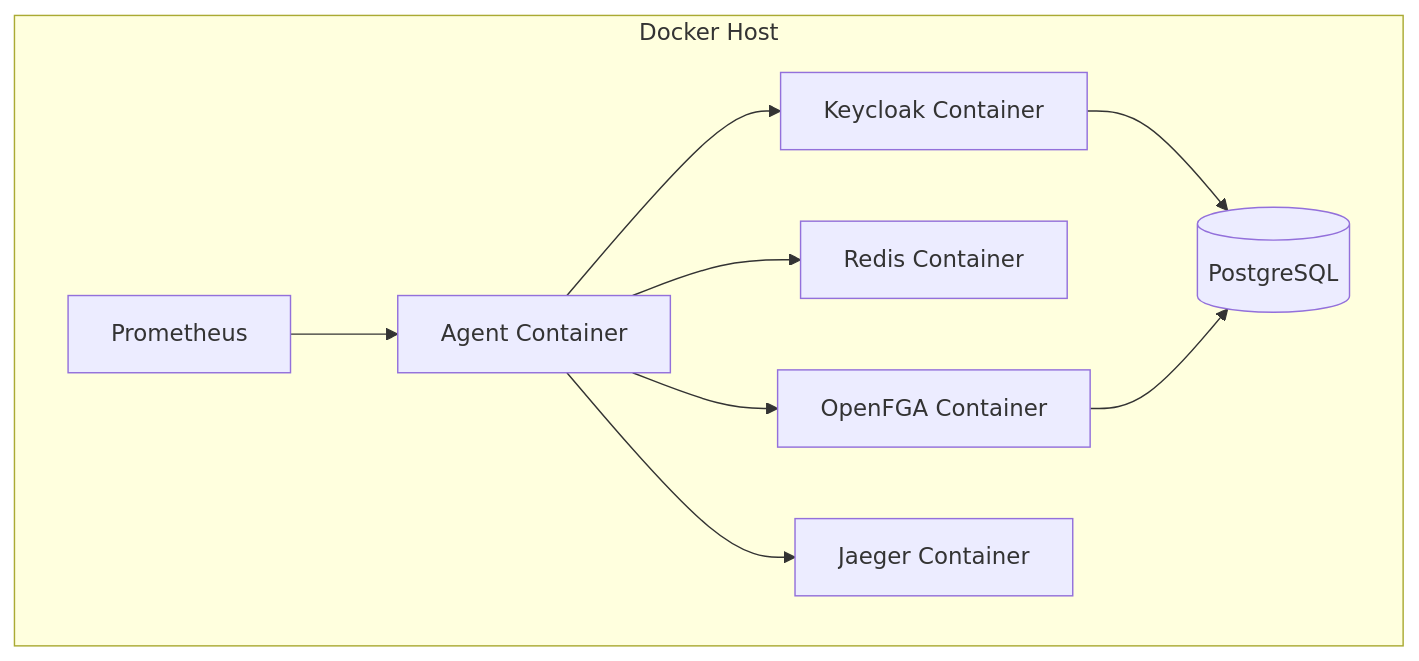
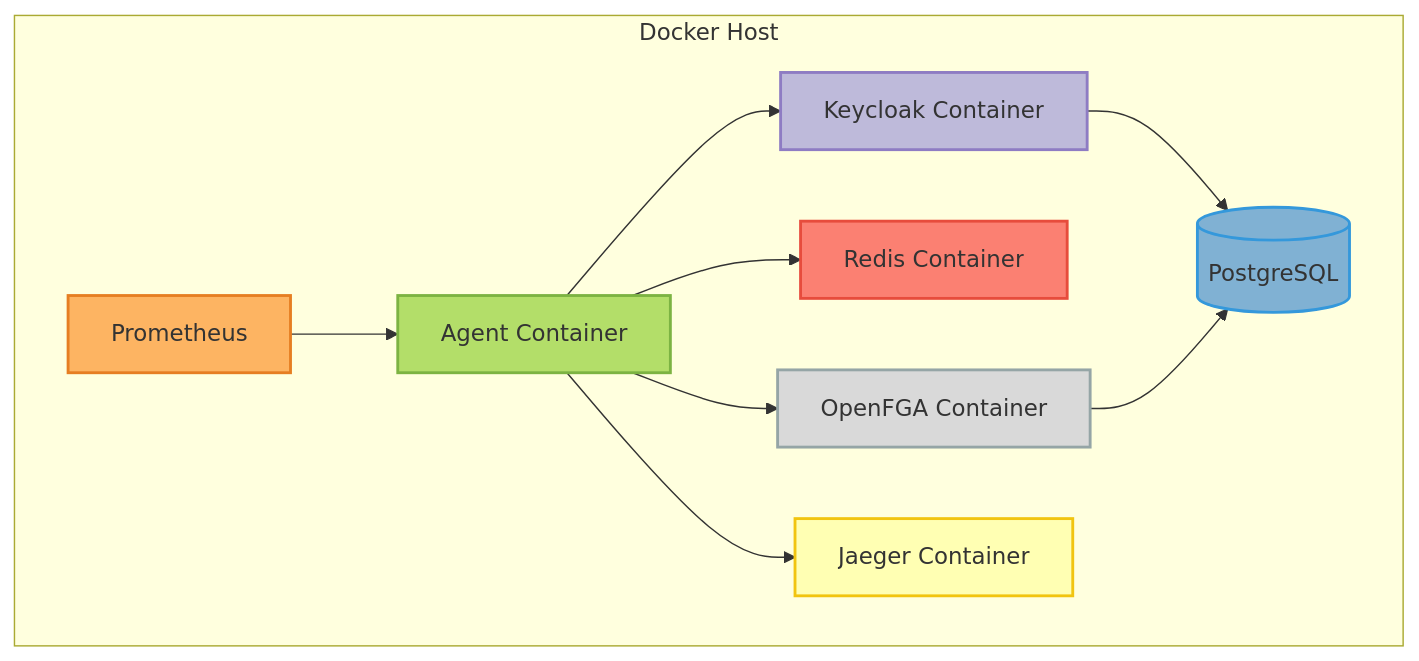
The ninth of 10 diagrams in docs/getting-started/architecture.mdx (vishnu2kmohan/mcp-server-langgraph), drawn with Mermaid before and after one commit. The commit also changed other lines of this file and 6 other files, not shown here.

First line of the commit message:
style: ensure unique colors for distinct node types across all diagrams

````diff
--- a/docs/getting-started/architecture.mdx
+++ b/docs/getting-started/architecture.mdx
@@ -659,20 +677,37 @@
 ```mermaid
 graph TB
-    subgraph "Docker Host"
+    subgraph Docker_Host["Docker Host"]
         Agent[Agent Container]
         KC[Keycloak Container]
         Redis[Redis Container]
         FGA[OpenFGA Container]
         PG[(PostgreSQL)]
         Jaeger[Jaeger Container]
         Prom[Prometheus]
     end
 
     Agent --> KC
     Agent --> Redis
     Agent --> FGA
     Agent --> Jaeger
     KC --> PG
     FGA --> PG
     Prom --> Agent
+
+    %% ColorBrewer2 Set3 palette - each service type gets unique color
+    classDef agentStyle fill:#b3de69,stroke:#7cb342,stroke-width:2px,color:#333
+    classDef authStyle fill:#bebada,stroke:#8e7cc3,stroke-width:2px,color:#333
+    classDef cacheStyle fill:#fb8072,stroke:#e74c3c,stroke-width:2px,color:#333
+    classDef authzStyle fill:#d9d9d9,stroke:#95a5a6,stroke-width:2px,color:#333
+    classDef dataStyle fill:#80b1d3,stroke:#3498db,stroke-width:2px,color:#333
+    classDef tracingStyle fill:#ffffb3,stroke:#f1c40f,stroke-width:2px,color:#333
+    classDef metricsStyle fill:#fdb462,stroke:#e67e22,stroke-width:2px,color:#333
+
+    class Agent agentStyle
+    class KC authStyle
+    class Redis cacheStyle
+    class FGA authzStyle
+    class PG dataStyle
+    class Jaeger tracingStyle
+    class Prom metricsStyle
 ```
````
